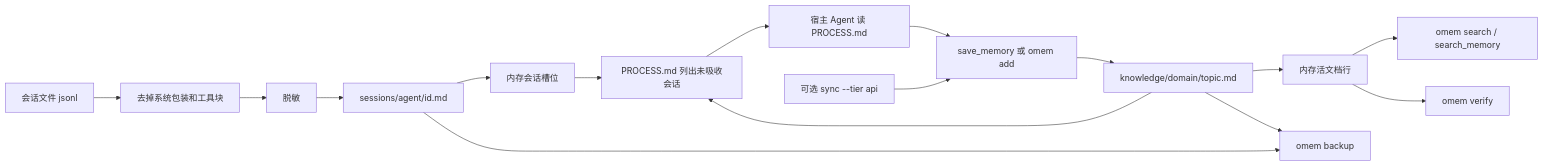
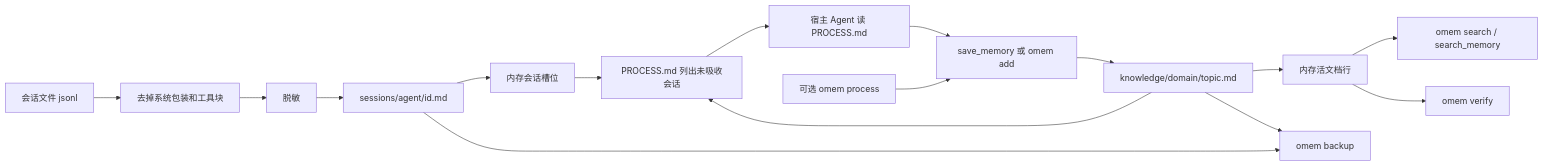
Before and after one commit to jeeinn/omem: the second of 3 diagrams in ARCHITECTURE.md, drawn with Mermaid. The commit also changed other lines of this file and 17 other files, not shown here.

First line of the commit message:
feat(cli): add omem process; sync no longer calls a model

````diff
--- a/ARCHITECTURE.md
+++ b/ARCHITECTURE.md
@@ -139,18 +142,18 @@
 ```mermaid
 flowchart LR
   A[会话文件 jsonl] --> B[去掉系统包装和工具块]
   B --> C[脱敏]
   C --> D["sessions/agent/id.md"]
   D --> E[内存会话槽位]
   E --> F["PROCESS.md 列出未吸收会话"]
   F --> G[宿主 Agent 读 PROCESS.md]
   G --> H["save_memory 或 omem add"]
-  I["可选 sync --tier api"] --> H
+  I["可选 omem process"] --> H
   H --> J["knowledge/domain/topic.md"]
   J --> K[内存活文档行]
   J --> F
   K --> M[omem search / search_memory]
   J --> N["omem backup"]
   D --> N
   K --> V["omem verify"]
 ```
````
